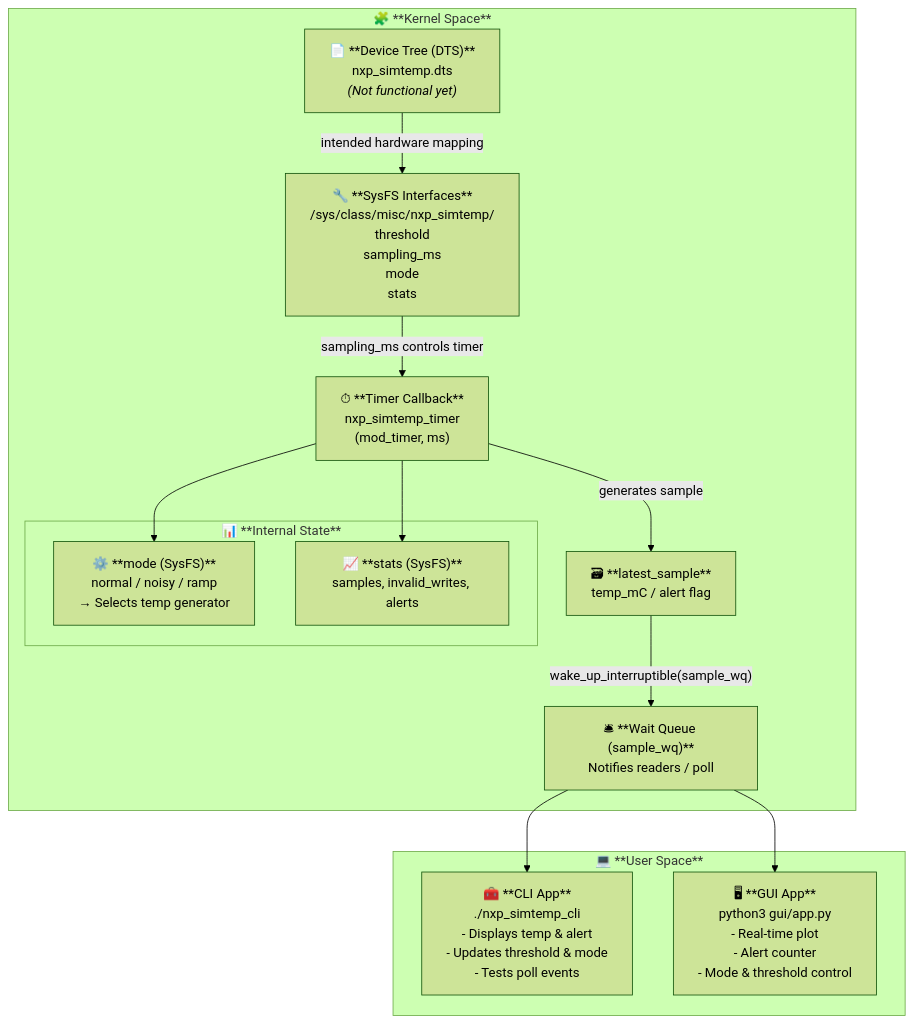
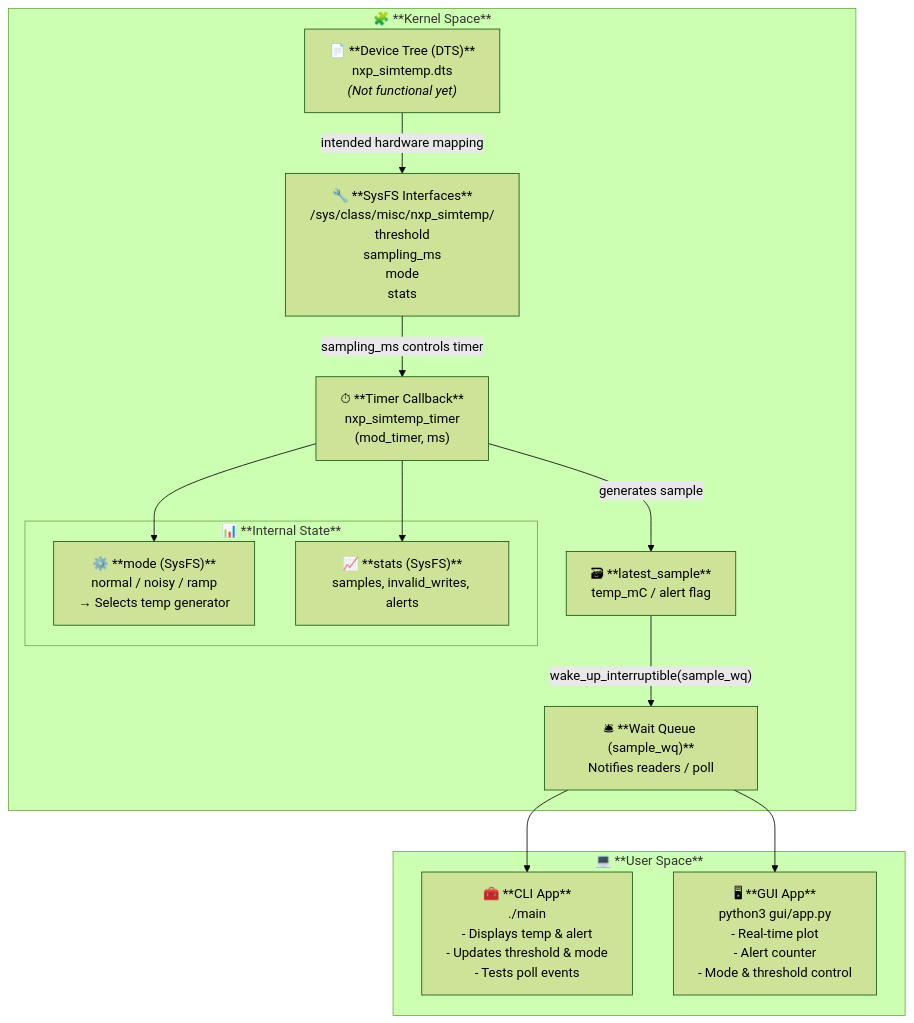
Before and after one commit to DarioGarciaPr/NXP_simtemp: the first of 2 diagrams in docs/DESIGN.md, drawn with Mermaid (forest theme).

Commit message:
Update CLI App reference in design document
Change ./nxp_simtemp_cli to ./main according to files in the project

````diff
--- a/docs/DESIGN.md
+++ b/docs/DESIGN.md
@@ -7,36 +7,36 @@
 ```mermaid
 flowchart TD
     subgraph Kernel_Space["🧩 **Kernel Space**"]
         F["📄 **Device Tree (DTS)**<br>nxp_simtemp.dts<br><i>(Not functional yet)</i>"] 
             -->|intended hardware mapping| A["🔧 **SysFS Interfaces**<br>/sys/class/misc/nxp_simtemp/<br>threshold<br>sampling_ms<br>mode<br>stats"]
 
         A -->|sampling_ms controls timer| B["⏱ **Timer Callback**<br>nxp_simtemp_timer<br>(mod_timer, ms)"]
         B -->|generates sample| C["🗃 **latest_sample**<br>temp_mC / alert flag"]
         C -->|"wake_up_interruptible(sample_wq)"| D["🛎 **Wait Queue (sample_wq)**<br>Notifies readers / poll"]
 
         subgraph Extra_Features["📊 **Internal State**"]
             M["⚙️ **mode (SysFS)**<br>normal / noisy / ramp<br>→ Selects temp generator"]
             S["📈 **stats (SysFS)**<br>samples, invalid_writes, alerts"]
         end
 
         B --> M
         B --> S
     end
 
     subgraph User_Space["💻 **User Space**"]
-        D --> E1["🧰 **CLI App**<br>./nxp_simtemp_cli<br>- Displays temp & alert<br>- Updates threshold & mode<br>- Tests poll events"]
+        D --> E1["🧰 **CLI App**<br>./main<br>- Displays temp & alert<br>- Updates threshold & mode<br>- Tests poll events"]
         D --> E2["🖥 **GUI App**<br>python3 gui/app.py<br>- Real-time plot<br>- Alert counter<br>- Mode & threshold control"]
     end
 
     class F dts;
     class A sysfs;
     class B timer;
     class C sample;
     class D queue;
     class M mode;
     class S stats;
     class E1,E2 app;
     class Kernel_Space kernelSpace;
     class User_Space userSpace;
 
 ```
````
